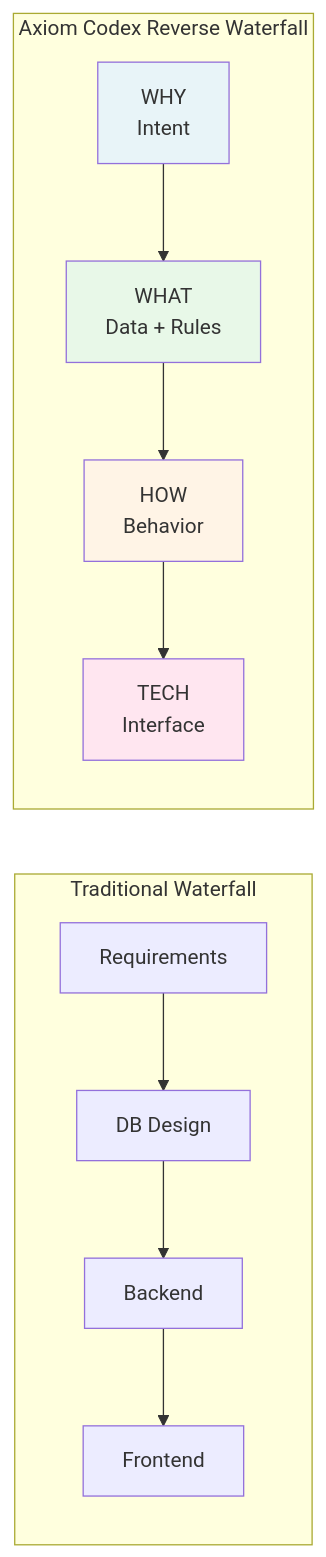
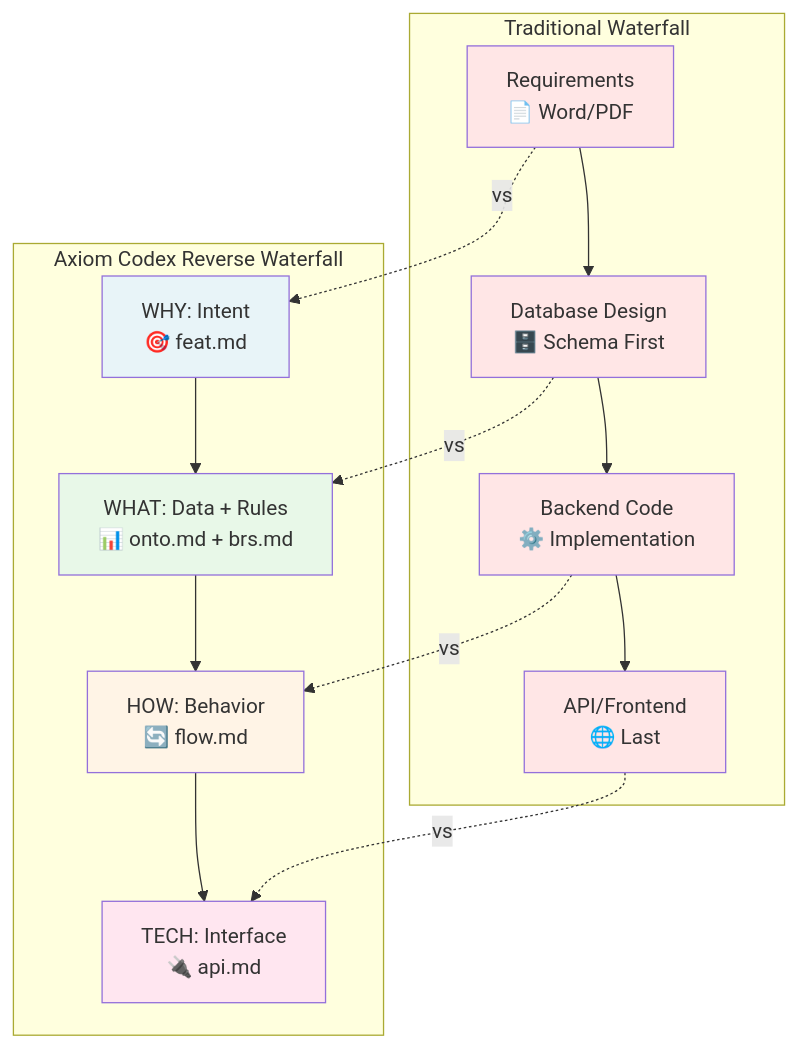
One commit to a4b-corporation/xTalent changed the first of 3 diagrams in docs/Axiom-Codex/methodology/03-pipeline.md. Above: the diagram before and after it, drawn with Mermaid. The commit also changed other lines of this file, not shown here.

````diff
--- a/docs/Axiom-Codex/methodology/03-pipeline.md
+++ b/docs/Axiom-Codex/methodology/03-pipeline.md
@@ -12,19 +12,39 @@
 ```mermaid
-graph LR
+graph TB
     subgraph "Traditional Waterfall"
-        T1[Requirements] --> T2[DB Design]
-        T2 --> T3[Backend]
-        T3 --> T4[Frontend]
+        T1[Requirements<br/>📄 Word/PDF]
+        T2[Database Design<br/>🗄️ Schema First]
+        T3[Backend Code<br/>⚙️ Implementation]
+        T4[API/Frontend<br/>🌐 Last]
+        
+        T1 --> T2
+        T2 --> T3
+        T3 --> T4
     end
     
     subgraph "Axiom Codex Reverse Waterfall"
-        A1[WHY<br/>Intent] --> A2[WHAT<br/>Data + Rules]
-        A2 --> A3[HOW<br/>Behavior]
-        A3 --> A4[TECH<br/>Interface]
+        A1[WHY: Intent<br/>🎯 feat.md]
+        A2[WHAT: Data + Rules<br/>📊 onto.md + brs.md]
+        A3[HOW: Behavior<br/>🔄 flow.md]
+        A4[TECH: Interface<br/>🔌 api.md]
+        
+        A1 --> A2
+        A2 --> A3
+        A3 --> A4
     end
+    
+    T1 -.->|vs| A1
+    T2 -.->|vs| A2
+    T3 -.->|vs| A3
+    T4 -.->|vs| A4
+    
+    style T1 fill:#FFE6E6
+    style T2 fill:#FFE6E6
+    style T3 fill:#FFE6E6
+    style T4 fill:#FFE6E6
     
     style A1 fill:#E8F4F8
     style A2 fill:#E8F8E8
     style A3 fill:#FFF4E6
     style A4 fill:#FFE6F0
 ```
````
